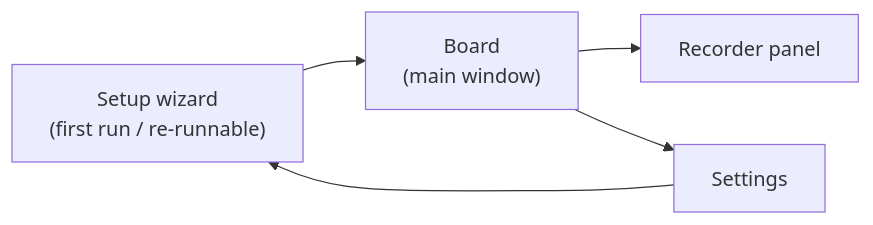
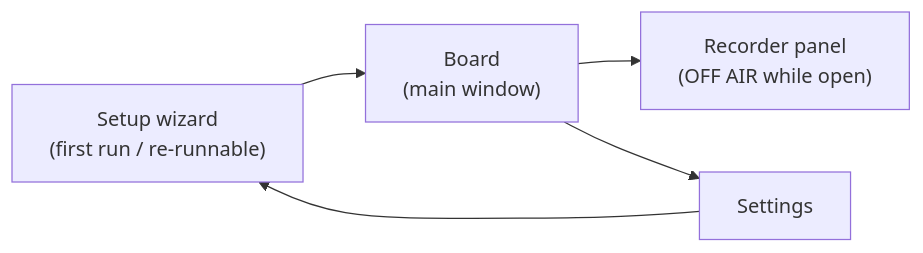
One commit to olehserv/ada-voice changed the diagram in docs/design/05-ui-design.md. Above: the diagram before and after it, drawn with Mermaid. The commit also changed other lines of this file and 9 other files, not shown here.

````diff
--- a/docs/design/05-ui-design.md
+++ b/docs/design/05-ui-design.md
@@ -32,7 +37,7 @@
 ```mermaid
 flowchart LR
     W["Setup wizard<br/>(first run / re-runnable)"] --> B["Board<br/>(main window)"]
-    B --> R["Recorder panel"]
+    B --> R["Recorder panel<br/>(OFF AIR while open)"]
     B --> S["Settings"]
     S --> W
 ```
````
